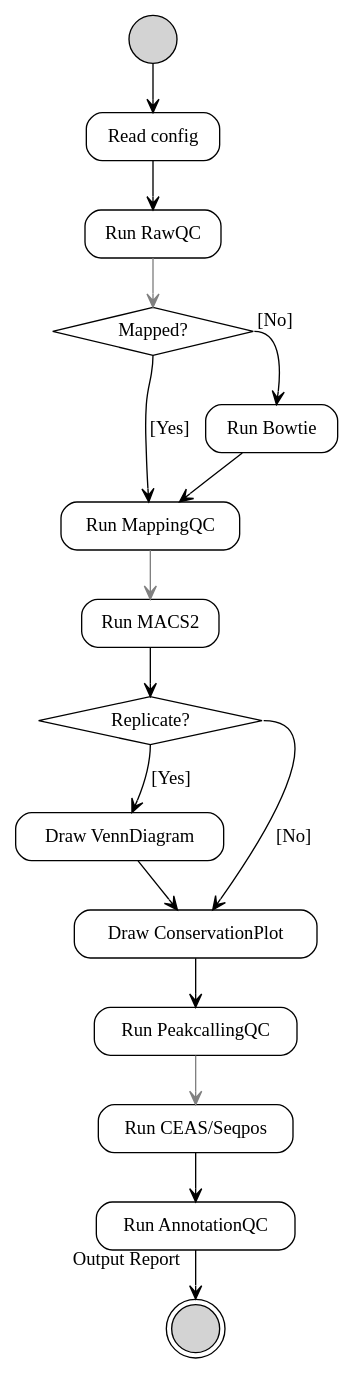
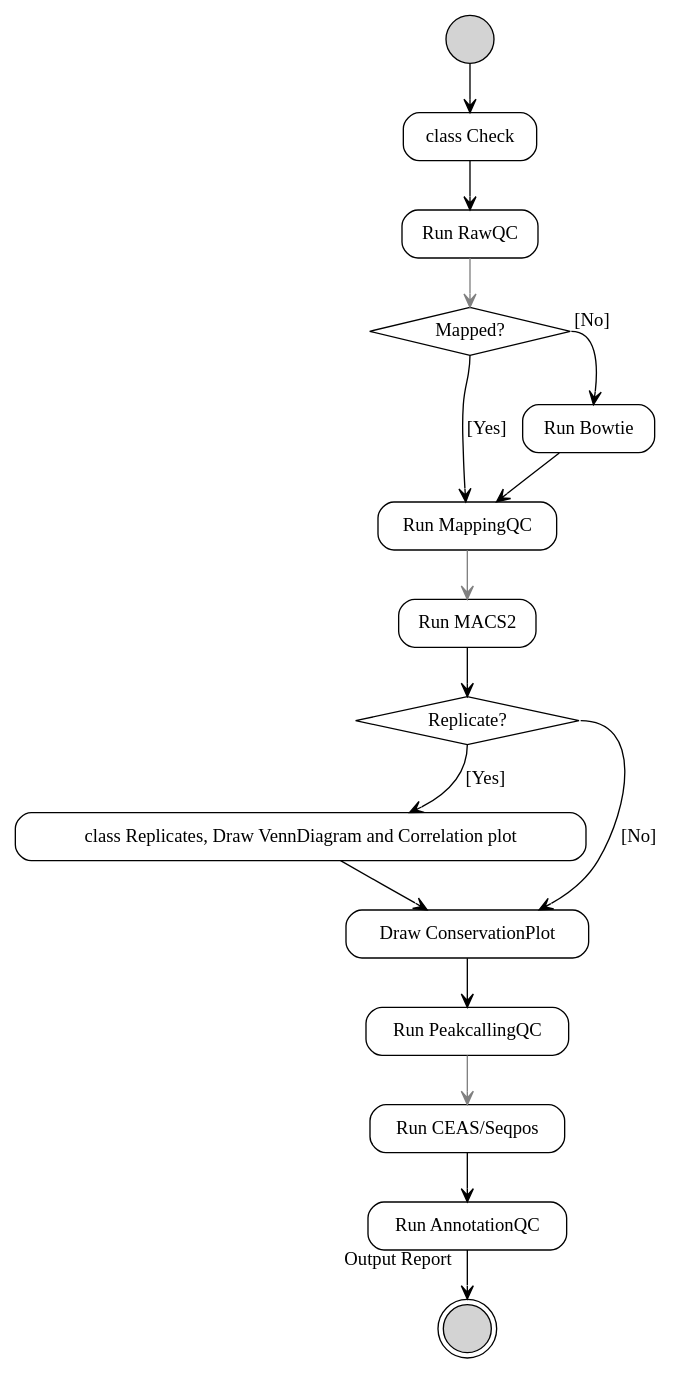
Before and after one commit to hanfeisun/ChiLin: the diagram in docs/data_tool.rst, drawn with Graphviz. The commit also changed other lines of this file and 1 other file, not shown here.

```diff
--- a/docs/data_tool.rst
+++ b/docs/data_tool.rst
@@ -126,39 +120,39 @@
 .. digraph:: foo
 
     rankdir=TB
     size="15,15"
     edge[arrowhead=open]
 
     start[shape=circle, label="", style=filled]
     end[shape=doublecircle, label="", style=filled]
 
-    readconf[shape=box,style=rounded, label="Read config"]
+    readconf[shape=box,style=rounded, label="class Check"]
     bowtie[shape=box,style=rounded, label="Run Bowtie"]
     rawQC[shape=box,style=rounded, label="Run RawQC"]
     mappingQC[shape=box,style=rounded, label="Run MappingQC"]
     macs2[shape=box,style=rounded, label="Run MACS2"]
     peakcallingQC[shape=box,style=rounded, label="Run PeakcallingQC"]
     ceas_seqpos[shape=box,style=rounded, label="Run CEAS/Seqpos"]
-    venn[shape=box,style=rounded, label="Draw VennDiagram"]
+    venn[shape=box,style=rounded, label="class Replicates, Draw VennDiagram and Correlation plot"]
     conservation[shape=box,style=rounded, label="Draw ConservationPlot"]
     annotationQC[shape=box,style=rounded, label="Run AnnotationQC"]
 
     
     ifmapped[shape=diamond, label="Mapped?"]
     ifrep[shape=diamond, label="Replicate?"]
     
     start -> readconf
     readconf -> rawQC
     rawQC -> ifmapped[headport=n, color="grey"]
     ifmapped -> mappingQC[label="[Yes]" tailport=s]
     ifmapped -> bowtie[taillabel="[No]" tailport=e]
     bowtie -> mappingQC
     mappingQC -> macs2[color="grey"]
     macs2 -> ifrep
     peakcallingQC -> ceas_seqpos[color="grey"]
     ifrep -> venn[label="[Yes]" tailport=s]
     ifrep -> conservation[label="[No]" tailport=e]
     venn -> conservation
     conservation -> peakcallingQC
     ceas_seqpos -> annotationQC
     annotationQC -> end[taillabel="Output Report"]
```
